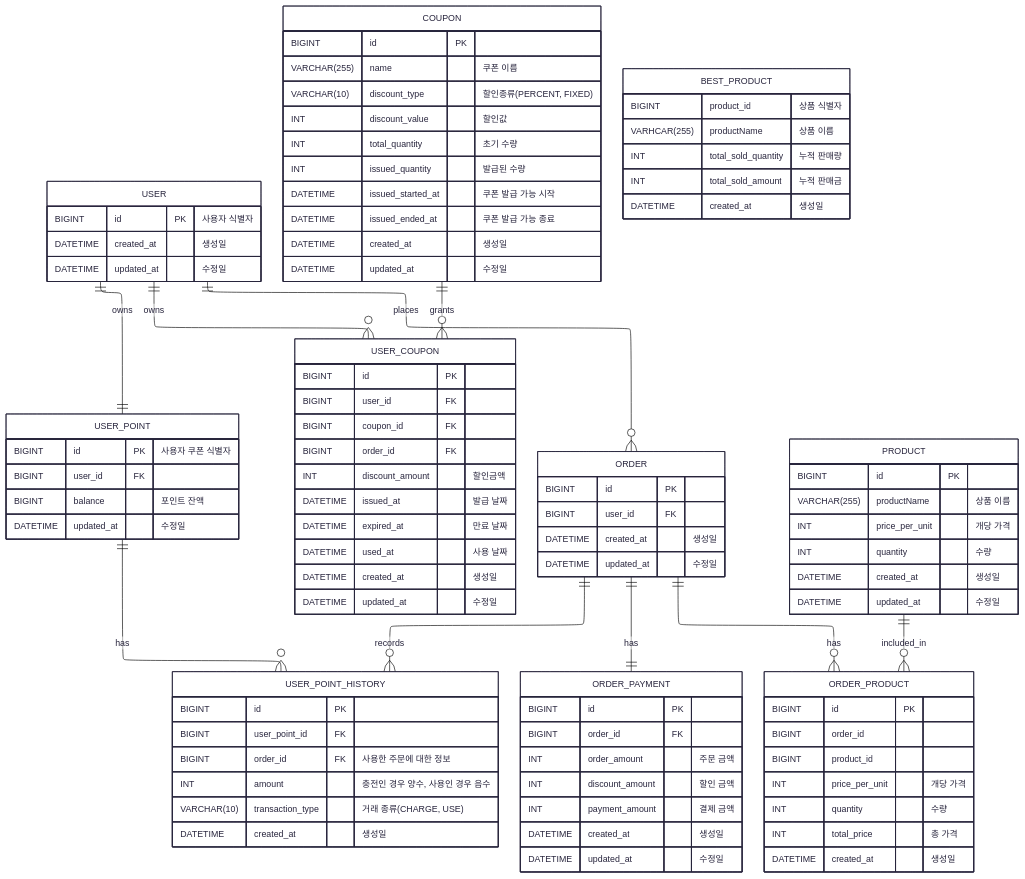
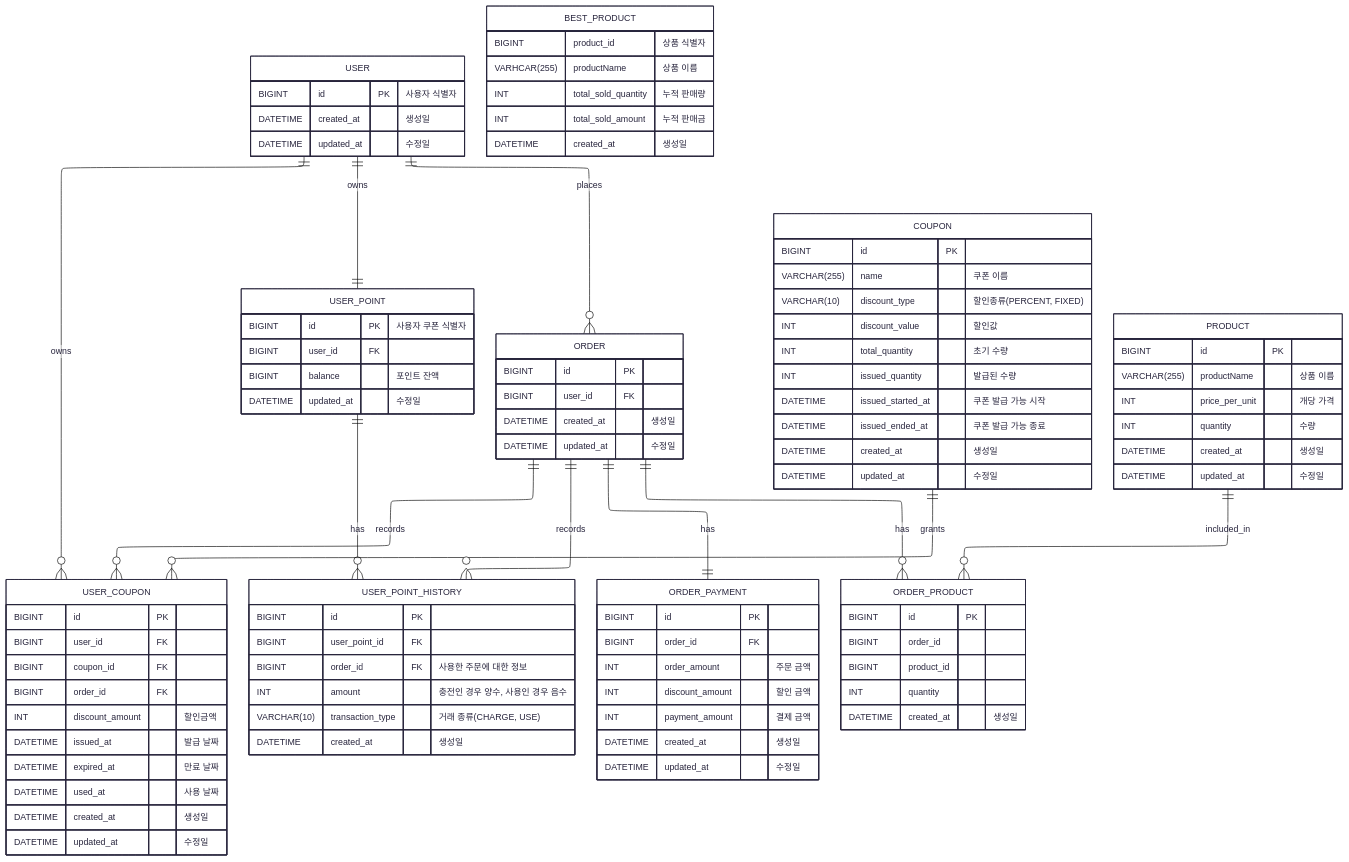
One commit to kdmstj/hanghae_ecommerce changed the diagram in docs/erd.md. Above: the diagram before and after it, drawn with Mermaid.

Commit message:
docs: erd 수정
- 복잡한 규칙 수정

```diff
--- a/docs/erd.md
+++ b/docs/erd.md
@@ -59,6 +59,7 @@
         DATETIME created_at "생성일"
         DATETIME updated_at "수정일"
     }
+    ORDER ||--o{ USER_COUPON : records
     ORDER ||--|| ORDER_PAYMENT : has
     ORDER ||--o{ USER_POINT_HISTORY : records
     ORDER ||--o{ ORDER_PRODUCT : has
@@ -76,9 +77,7 @@
         BIGINT id PK
         BIGINT order_id
         BIGINT product_id
-        INT price_per_unit "개당 가격"
-        INT quantity "수량"
-        INT total_price "총 가격"
+        INT quantity
         DATETIME created_at "생성일"
     }
     PRODUCT ||--o{ ORDER_PRODUCT : included_in
```
